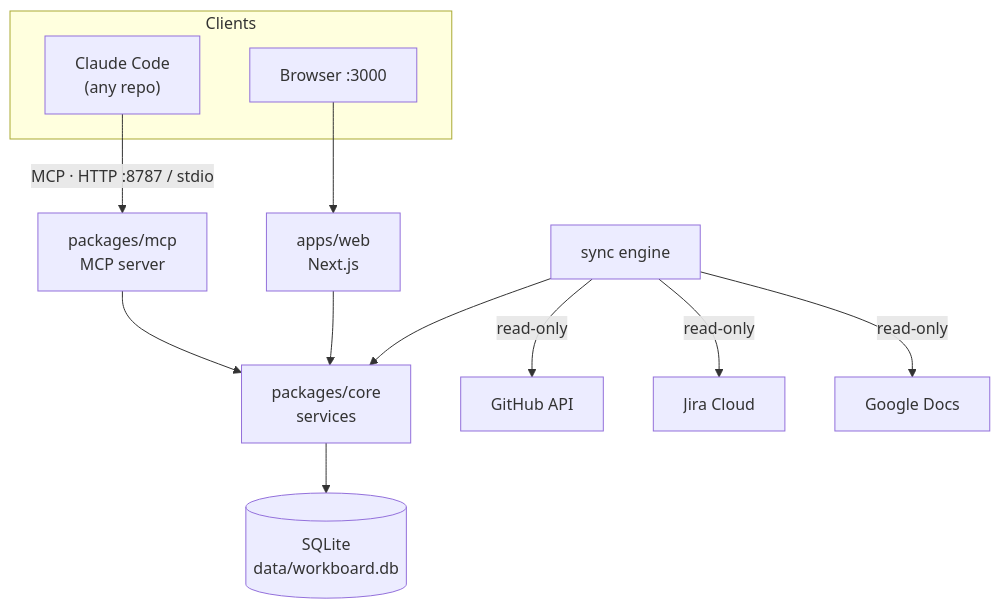
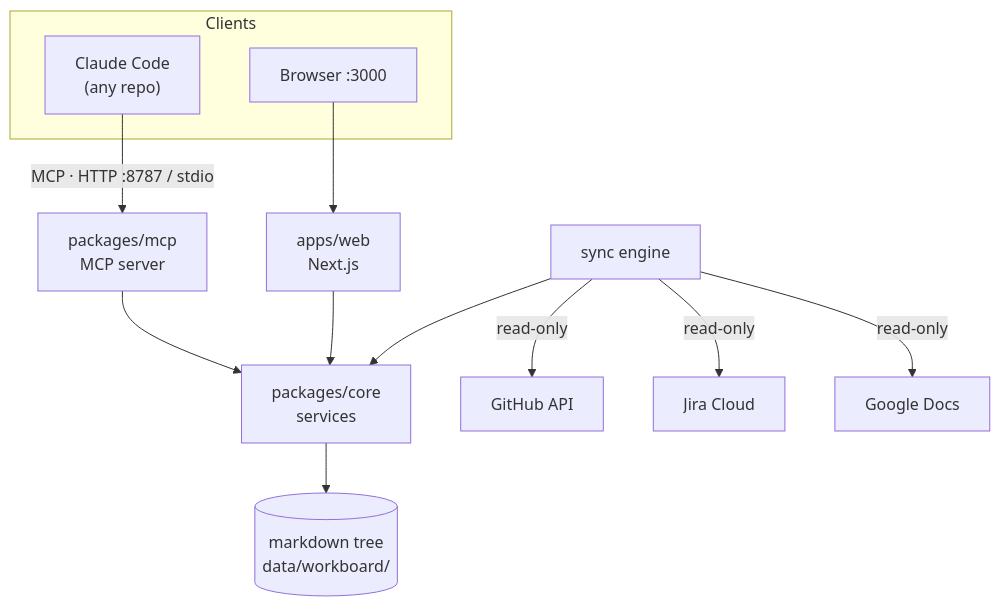
Before and after one commit to BenSuskins/workboard: the first of 2 diagrams in docs/ARCHITECTURE.md, drawn with Mermaid. The commit also changed other lines of this file and 5 other files, not shown here.

First line of the commit message:
Document the markdown store and the reply loop

````diff
--- a/docs/ARCHITECTURE.md
+++ b/docs/ARCHITECTURE.md
@@ -18,19 +18,19 @@
 ```mermaid
 flowchart TB
     subgraph clients["Clients"]
         Agent["Claude Code<br/>(any repo)"]
         Browser["Browser :3000"]
     end
 
     Agent -->|"MCP · HTTP :8787 / stdio"| MCP["packages/mcp<br/>MCP server"]
     Browser --> Web["apps/web<br/>Next.js"]
 
     MCP --> Core["packages/core<br/>services"]
     Web --> Core
-    Core --> DB[("SQLite<br/>data/workboard.db")]
+    Core --> Store[("markdown tree<br/>data/workboard/")]
 
     Sync["sync engine"] --> Core
     Sync -->|read-only| GitHub["GitHub API"]
     Sync -->|read-only| Jira["Jira Cloud"]
     Sync -->|read-only| GDrive["Google Docs"]
 ```
````
